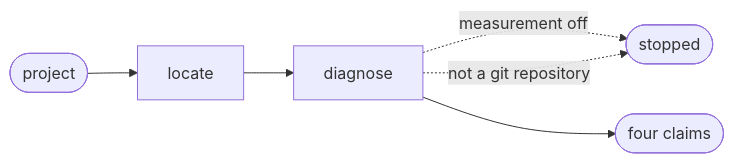
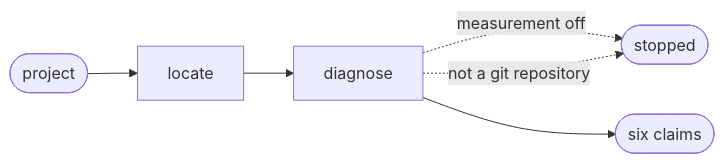
Before and after one commit to ai-driven-dev/aidd-framework: the diagram in plugins/aidd-telemetry/skills/02-check/SKILL.md, drawn with Mermaid. The commit also changed other lines of this file and 55 other files, not shown here.

````diff
--- a/plugins/aidd-telemetry/skills/02-check/SKILL.md
+++ b/plugins/aidd-telemetry/skills/02-check/SKILL.md
@@ -9,7 +9,7 @@
 ```mermaid
 flowchart LR
   ask([project]) --> locate --> diagnose
   diagnose -.->|"measurement off"| stopped([stopped])
   diagnose -.->|"not a git repository"| stopped
-  diagnose --> answer([four claims])
+  diagnose --> answer([six claims])
 ```
````
